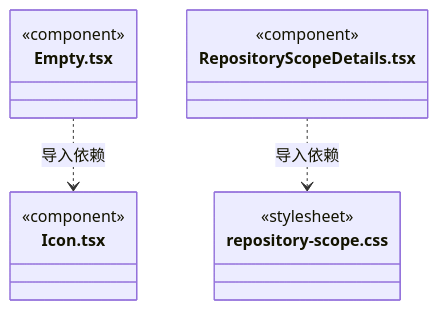
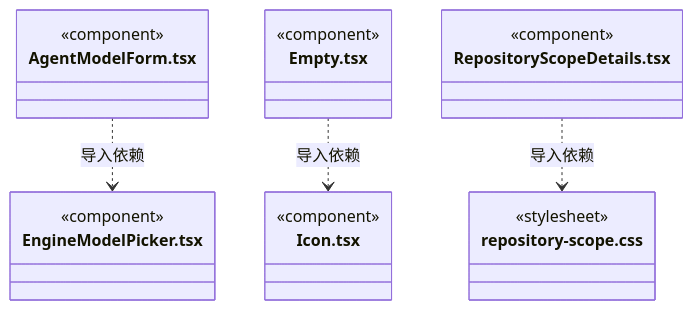
Before and after one commit to nan023062/cbim: the tenth of 10 diagrams in src/view/components/ARCHITECTURE.md, drawn with Mermaid. The commit also changed other lines of this file and 36 other files, not shown here.

Commit message:
feat(models): expose embedding setup and shared agent model roles

````diff
--- a/src/view/components/ARCHITECTURE.md
+++ b/src/view/components/ARCHITECTURE.md
@@ -113,17 +126,24 @@
 ```mermaid
 classDiagram
+class N_src_view_components_AgentModelForm_tsx["AgentModelForm.tsx"] {
+  <<component>>
+}
+class N_src_view_components_EngineModelPicker_tsx["EngineModelPicker.tsx"] {
+  <<component>>
+}
 class N_src_view_components_Empty_tsx["Empty.tsx"] {
   <<component>>
 }
 class N_src_view_components_Icon_tsx["Icon.tsx"] {
   <<component>>
 }
 class N_src_view_components_RepositoryScopeDetails_tsx["RepositoryScopeDetails.tsx"] {
   <<component>>
 }
 class N_src_view_components_repository_scope_css["repository-scope.css"] {
   <<stylesheet>>
 }
+N_src_view_components_AgentModelForm_tsx ..> N_src_view_components_EngineModelPicker_tsx : 导入依赖
 N_src_view_components_Empty_tsx ..> N_src_view_components_Icon_tsx : 导入依赖
 N_src_view_components_RepositoryScopeDetails_tsx ..> N_src_view_components_repository_scope_css : 导入依赖
 ```
````
